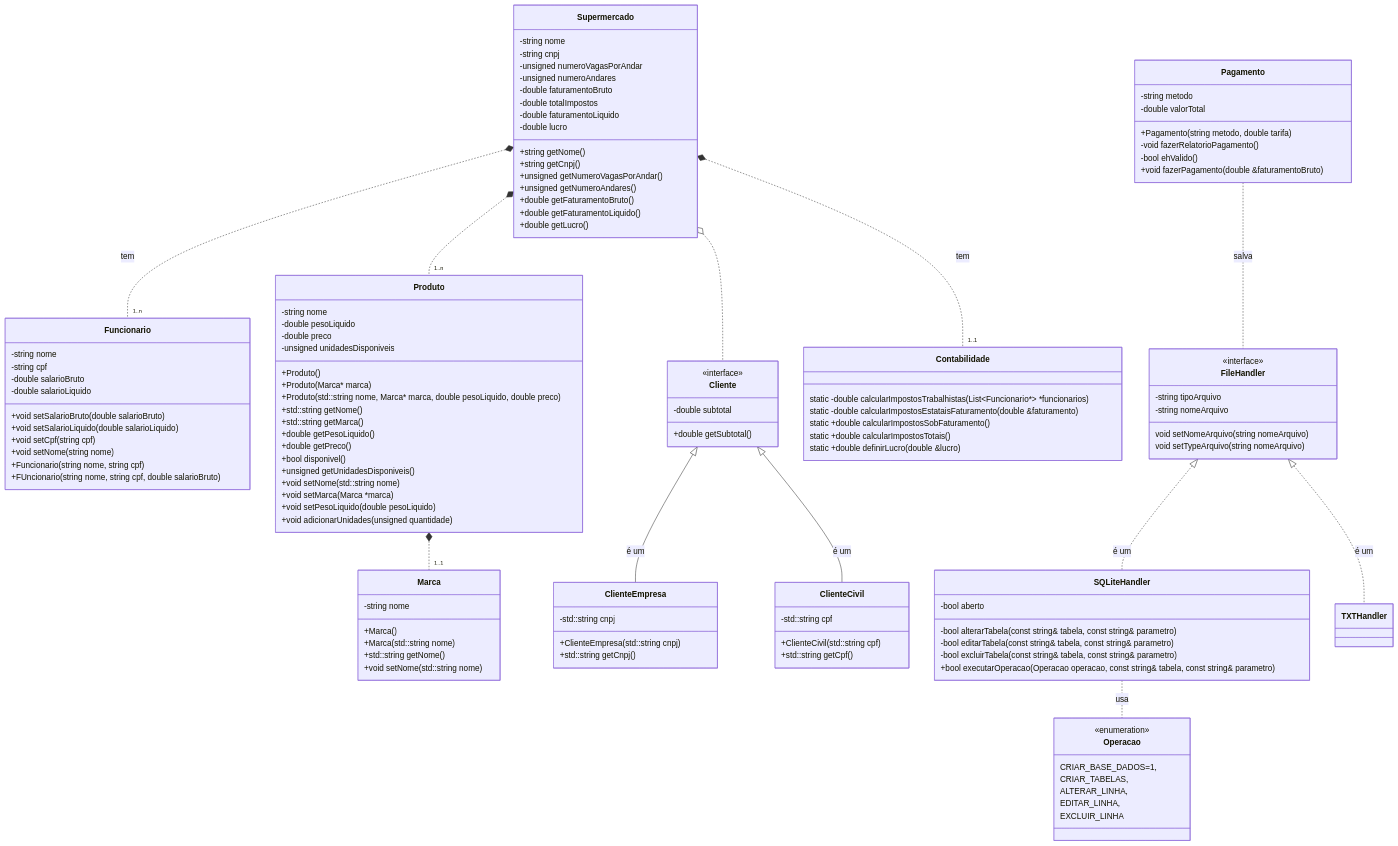
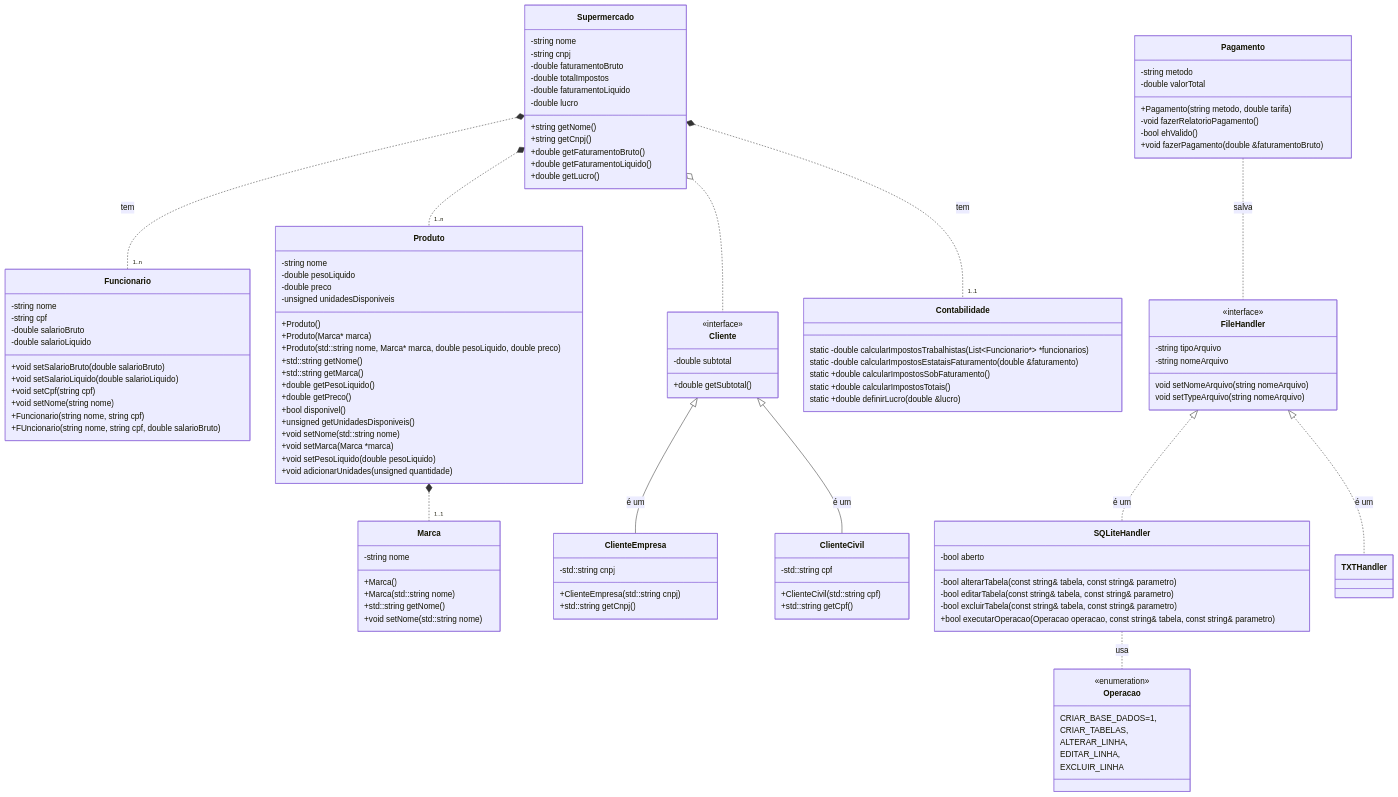
Before and after one commit to Dannzcd/smart-market: the diagram in README.md, drawn with Mermaid.

Commit message:
fixing diagram

```diff
--- a/README.md
+++ b/README.md
@@ -41,8 +41,6 @@
 class Supermercado{
     -string nome
     -string cnpj
-    -unsigned numeroVagasPorAndar
-    -unsigned numeroAndares
     -double faturamentoBruto
     -double totalImpostos
     -double faturamentoLiquido
@@ -50,8 +48,6 @@
 
     +string getNome()
     +string getCnpj()
-    +unsigned getNumeroVagasPorAndar()
-    +unsigned getNumeroAndares()
     +double getFaturamentoBruto()
     +double getFaturamentoLiquido()
     +double getLucro()
```
